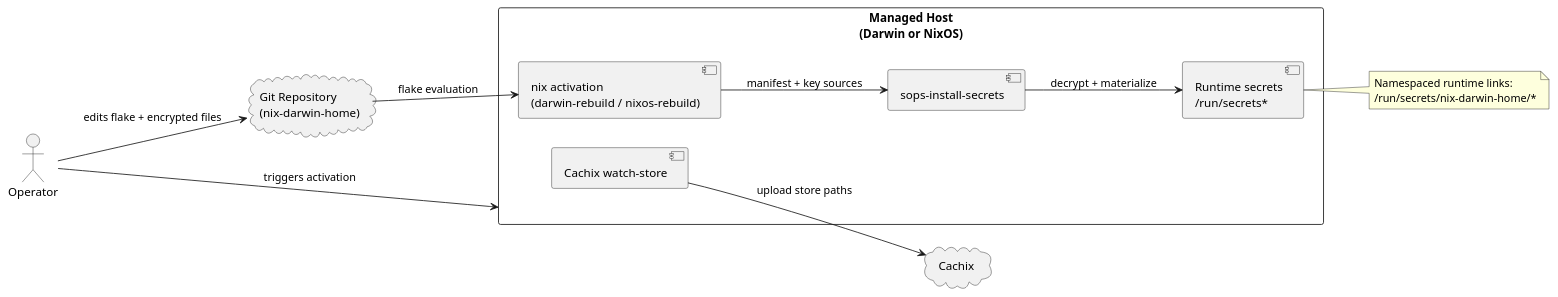
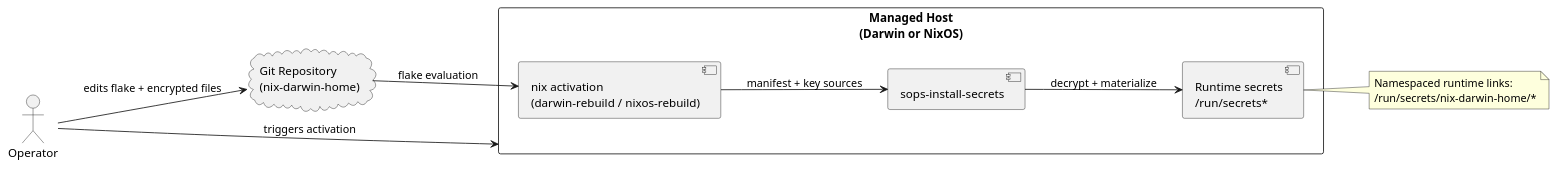
One commit to seedmatic/ndh changed the first of 2 diagrams in docs/security-handling-c4.adoc. Above: the diagram before and after it, drawn with PlantUML. The commit also changed other lines of this file and 29 other files, not shown here.

```diff
--- a/docs/security-handling-c4.adoc
+++ b/docs/security-handling-c4.adoc
@@ -10,29 +10,26 @@
 [plantuml]
 ----
 @startuml
 left to right direction
 
 actor "Operator" as operator
 cloud "Git Repository\n(nix-darwin-home)" as repo
-cloud "Cachix" as cachix
 
 rectangle "Managed Host\n(Darwin or NixOS)" as host {
   [nix activation\n(darwin-rebuild / nixos-rebuild)] as activation
   [sops-install-secrets] as sopsinst
   [Runtime secrets\n/run/secrets*] as runtimesecrets
-  [Cachix watch-store] as watchstore
 }
 
 operator --> repo : edits flake + encrypted files
 operator --> host : triggers activation
 repo --> activation : flake evaluation
 activation --> sopsinst : manifest + key sources
 sopsinst --> runtimesecrets : decrypt + materialize
-watchstore --> cachix : upload store paths
 
 note right of runtimesecrets
   Namespaced runtime links:
   /run/secrets/nix-darwin-home/*
 end note
 @enduml
 ----
```
